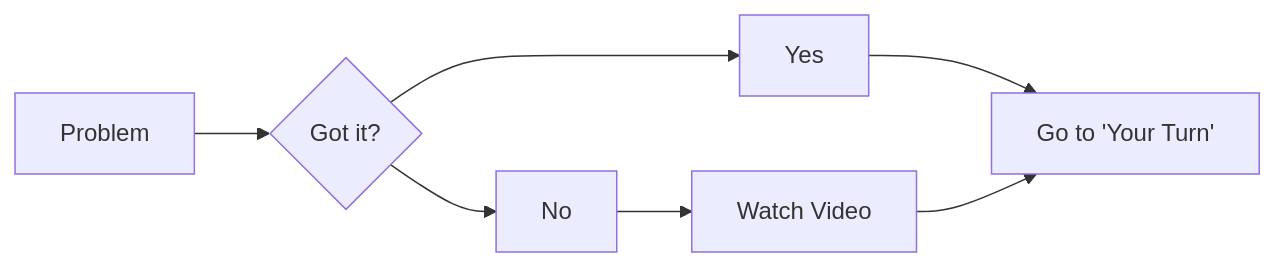
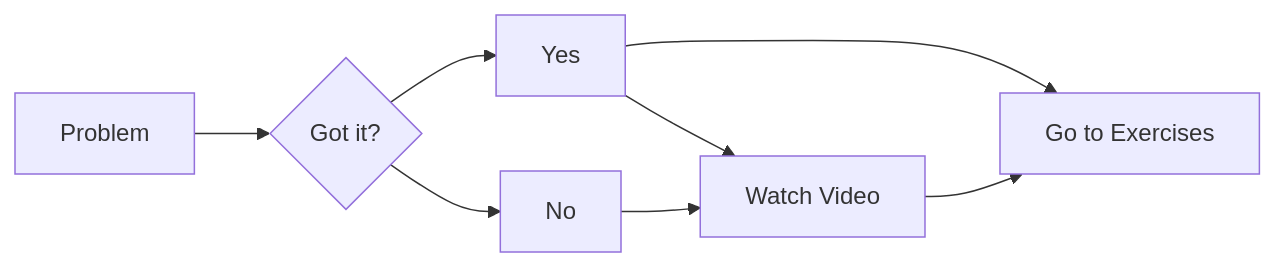
The diagram in index.qmd (ahdar1/numbook), drawn with Mermaid before and after one commit. The commit also changed other lines of this file and 14 other files, not shown here.

````diff
--- a/index.qmd
+++ b/index.qmd
@@ -23,9 +19,10 @@
 ```{mermaid}
 flowchart LR
   A[Problem] --> B{Got it?}
   B --> D[Yes]
-  D --> F[Go to 'Your Turn']
+  D --> G[Watch Video]
+  D --> F[Go to Exercises]
   B --> E[No]
   E --> G[Watch Video]
-  G --> F[Go to 'Your Turn']
+  G --> F[Go to Exercises]
 ```
````
